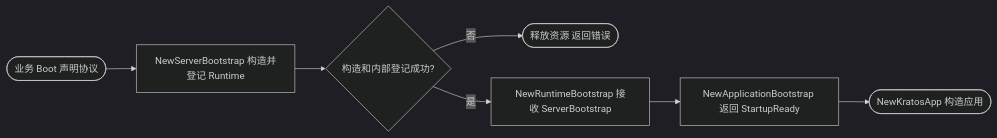
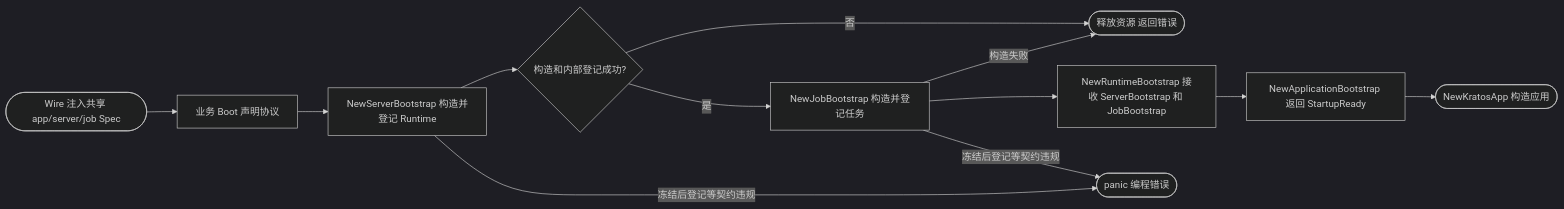
Before and after one commit to jaggerzhuang1994/kratos-foundation: the second of 9 diagrams in pkg/server/README.md, drawn with Mermaid (dark theme). The commit also changed other lines of this file and 77 other files, not shown here.

Commit message:
refactor(bootstrap): 简化 Spec 蓝图组装与协议启用规则

````diff
--- a/pkg/server/README.md
+++ b/pkg/server/README.md
@@ -19,9 +51,14 @@
 ```mermaid
 flowchart LR
- A([业务 Boot 声明协议]) --> B[NewServerBootstrap 构造并登记 Runtime]
+ A([Wire 注入共享 app/server/job Spec]) --> A1[业务 Boot 声明协议]
+ A1 --> B[NewServerBootstrap 构造并登记 Runtime]
  B --> C{构造和内部登记成功?}
  C -- 否 --> D([释放资源 返回错误])
- C -- 是 --> G[NewRuntimeBootstrap 接收 ServerBootstrap]
+ C -- 是 --> J[NewJobBootstrap 构造并登记任务]
+ J -- 构造失败 --> D
+ J --> G[NewRuntimeBootstrap 接收 ServerBootstrap 和 JobBootstrap]
+ B -- 冻结后登记等契约违规 --> P([panic 编程错误])
+ J -- 冻结后登记等契约违规 --> P
  G --> E[NewApplicationBootstrap 返回 StartupReady]
  E --> F([NewKratosApp 构造应用])
 ```
````
